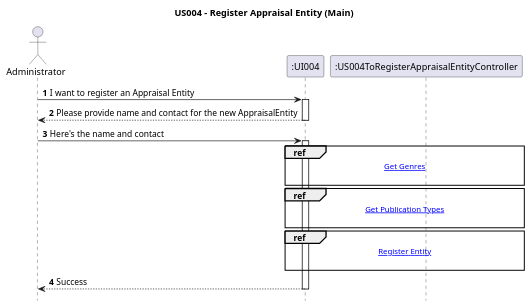
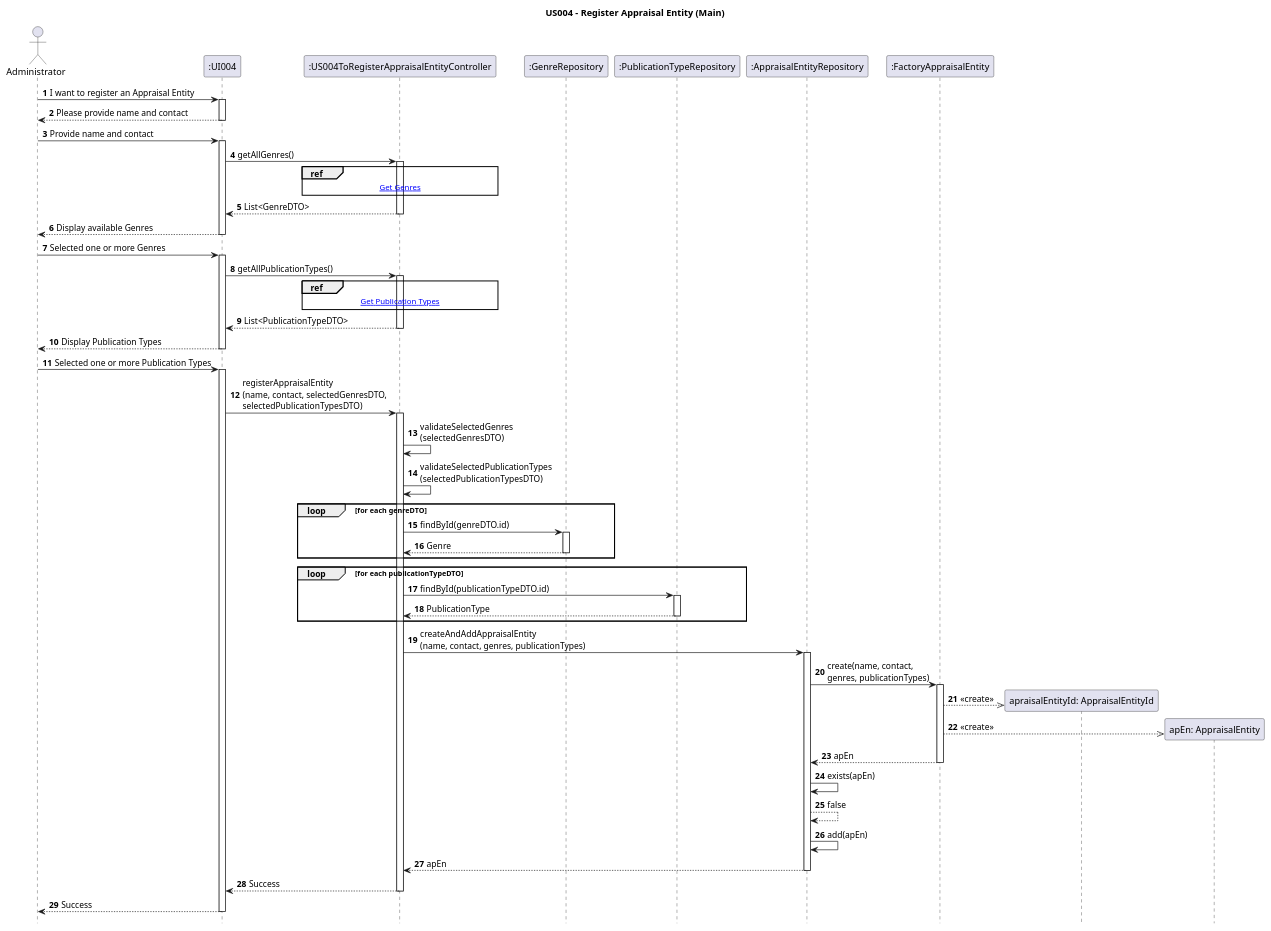
Before and after one commit to AndrePereiraGitH/SWitCH-Project-Team_A: the diagram in Diagrams/SequenceDiagrams/N2/US004-to-register-an-Appraisal-Entity/1.MainDiagram.puml, drawn with PlantUML. The commit also changed 85 other files, not shown here.

Commit message:
refactor #468 #469: ID implementation of AppraisalEntity and PublicationType, start restructuring Edition aggregate towards DDD principles (WIP)

```diff
--- a/Diagrams/SequenceDiagrams/N2/US004-to-register-an-Appraisal-Entity/1.MainDiagram.puml
+++ b/Diagrams/SequenceDiagrams/N2/US004-to-register-an-Appraisal-Entity/1.MainDiagram.puml
@@ -1,38 +1,113 @@
 @startuml
 
 hide footbox
 autonumber
 title US004 - Register Appraisal Entity (Main)
 
 actor Administrator
 participant ":UI004" as UI
 participant ":US004ToRegisterAppraisalEntityController" as Controller
+participant ":GenreRepository" as GenreRepo
+participant ":PublicationTypeRepository" as PublicationTypeRepo
+participant ":AppraisalEntityRepository" as AppraisalRepo
+participant ":FactoryAppraisalEntity" as FactoryAppraisalEntity
 
+' --- Start ---
 Administrator -> UI : I want to register an Appraisal Entity
 activate UI
 
-UI --> Administrator : Please provide name and contact for the new AppraisalEntity
+UI --> Administrator : Please provide name and contact
 deactivate UI
 
-Administrator -> UI : Here's the name and contact
+Administrator -> UI : Provide name and contact
 activate UI
 
-ref over UI, Controller
+' =========================
+' Get Genres (reference)
+' =========================
+UI -> Controller : getAllGenres()
+activate Controller
+
+ref over Controller
 [[2.GetGenres.puml Get Genres]]
-
 end ref
 
-ref over UI, Controller
+Controller --> UI : List<GenreDTO>
+deactivate Controller
+
+UI --> Administrator : Display available Genres
+deactivate UI
+
+Administrator -> UI : Selected one or more Genres
+activate UI
+
+' =========================
+' Get Publication Types (reference)
+' =========================
+UI -> Controller : getAllPublicationTypes()
+activate Controller
+
+ref over Controller
 [[3.GetPublicationTypes.puml Get Publication Types]]
-
 end ref
 
-ref over UI, Controller
-[[4.RegisterEntity.puml Register Entity]]
+Controller --> UI : List<PublicationTypeDTO>
+deactivate Controller
 
-end ref
+UI --> Administrator : Display Publication Types
+deactivate UI
 
-UI ---> Administrator : Success
+Administrator -> UI : Selected one or more Publication Types
+activate UI
+
+' =========================
+' Register Appraisal Entity (FULL)
+' =========================
+UI -> Controller : registerAppraisalEntity\n(name, contact, selectedGenresDTO, \nselectedPublicationTypesDTO)
+activate Controller
+
+Controller -> Controller : validateSelectedGenres\n(selectedGenresDTO)
+Controller -> Controller : validateSelectedPublicationTypes\n(selectedPublicationTypesDTO)
+
+loop for each genreDTO
+    Controller -> GenreRepo : findById(genreDTO.id)
+    activate GenreRepo
+    GenreRepo --> Controller : Genre
+    deactivate GenreRepo
+end
+
+loop for each publicationTypeDTO
+    Controller -> PublicationTypeRepo : findById(publicationTypeDTO.id)
+    activate PublicationTypeRepo
+    PublicationTypeRepo --> Controller : PublicationType
+    deactivate PublicationTypeRepo
+end
+
+Controller -> AppraisalRepo : createAndAddAppraisalEntity\n(name, contact, genres, publicationTypes)
+activate AppraisalRepo
+
+AppraisalRepo -> FactoryAppraisalEntity : create(name, contact, \ngenres, publicationTypes)
+activate FactoryAppraisalEntity
+
+participant "apraisalEntityId: AppraisalEntityId" as AppraisalId
+FactoryAppraisalEntity -->> AppraisalId ** : <<create>>
+participant "apEn: AppraisalEntity" as AppraisalEntity
+FactoryAppraisalEntity -->> AppraisalEntity ** : <<create>>
+
+FactoryAppraisalEntity --> AppraisalRepo : apEn
+deactivate FactoryAppraisalEntity
+
+AppraisalRepo -> AppraisalRepo : exists(apEn)
+AppraisalRepo --> AppraisalRepo : false
+AppraisalRepo -> AppraisalRepo : add(apEn)
+
+AppraisalRepo --> Controller : apEn
+deactivate AppraisalRepo
+
+Controller --> UI : Success
+deactivate Controller
+
+UI --> Administrator : Success
 deactivate UI
 
 @enduml
```
